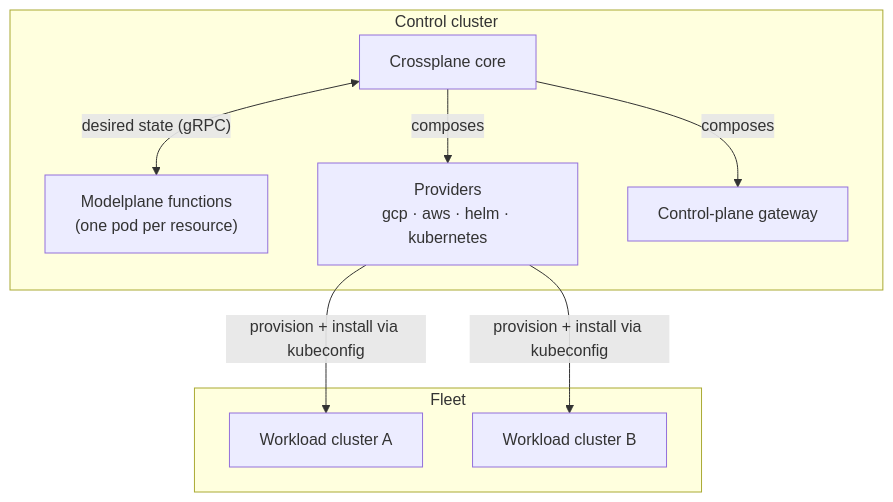
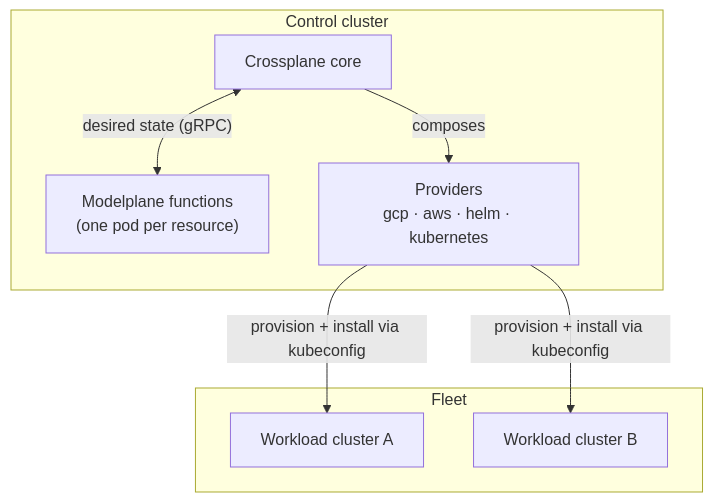
Before and after one commit to modelplaneai/modelplane: the first of 3 diagrams in docs/content/architecture/_index.md, drawn with Mermaid. The commit also changed other lines of this file and 64 other files, not shown here.

````diff
--- a/docs/content/architecture/_index.md
+++ b/docs/content/architecture/_index.md
@@ -99,18 +98,16 @@
 ```mermaid
 flowchart TB
     subgraph control["Control cluster"]
         cp["Crossplane core"]
         fns["Modelplane functions\n(one pod per resource)"]
         prov["Providers\ngcp · aws · helm · kubernetes"]
-        gw["Control-plane gateway"]
     end
     subgraph fleet["Fleet"]
         wc1["Workload cluster A"]
         wc2["Workload cluster B"]
     end
     cp <-->|"desired state (gRPC)"| fns
     cp -->|composes| prov
-    cp -->|composes| gw
     prov -->|provision + install via kubeconfig| wc1
     prov -->|provision + install via kubeconfig| wc2
 ```
````
